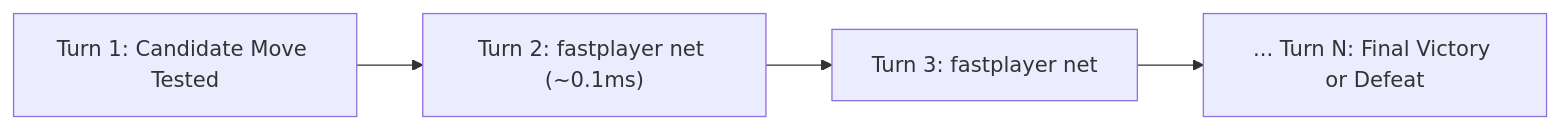
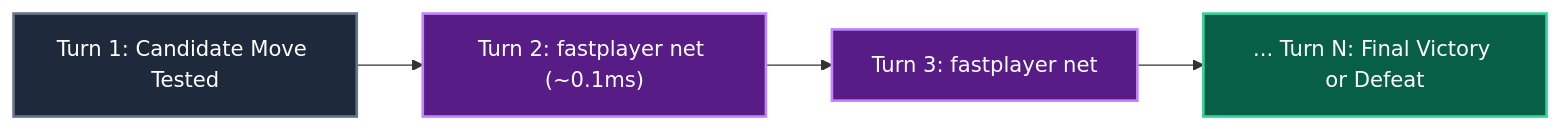
Before and after one commit to Angle-Brackets/TTRSolver: the third of 5 diagrams in docs/playout.md, drawn with Mermaid. The commit also changed other lines of this file and 9 other files, not shown here.

Commit message:
docs: color-code all Mermaid diagrams with distinct visual themes

````diff
--- a/docs/playout.md
+++ b/docs/playout.md
@@ -138,6 +146,14 @@
 ```mermaid
 flowchart LR
+    classDef stepNode fill:#1e293b,stroke:#64748b,stroke-width:2px,color:#ffffff
+    classDef netNode fill:#581c87,stroke:#c084fc,stroke-width:2px,color:#ffffff
+    classDef endNode fill:#065f46,stroke:#34d399,stroke-width:2px,color:#ffffff
+
     A["Turn 1: Candidate Move Tested"] --> B["Turn 2: fastplayer net (~0.1ms)"]
     B --> C["Turn 3: fastplayer net"]
     C --> D["... Turn N: Final Victory or Defeat"]
+
+    class A stepNode
+    class B,C netNode
+    class D endNode
 ```
````
